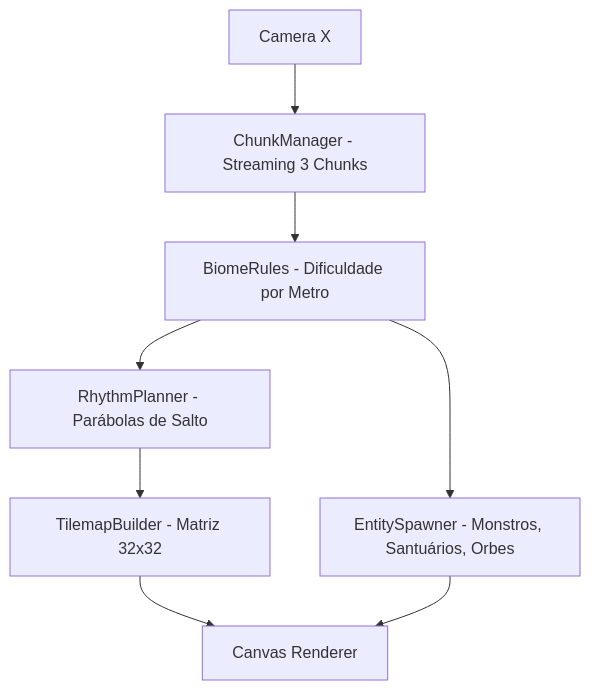
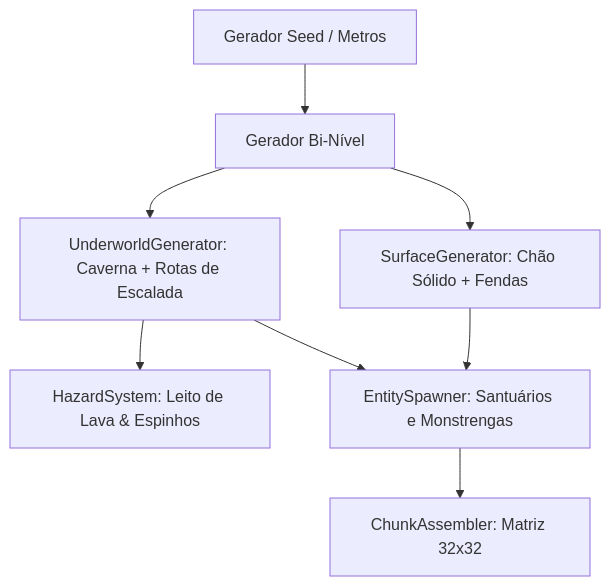
The diagram in docs/superpowers/specs/2026-10-10-infinite-procedural-runner-design.md (Ranhaia/anvil-and-magnet), drawn with Mermaid before and after one commit. The commit also changed other lines of this file, not shown here.

Commit message:
docs: update spec to bi-level architecture (solid ground + underground + lava/spikes)

````diff
--- a/docs/superpowers/specs/2026-10-10-infinite-procedural-runner-design.md
+++ b/docs/superpowers/specs/2026-10-10-infinite-procedural-runner-design.md
@@ -35,10 +85,10 @@
 ```mermaid
 graph TD
-    Camera[Camera X] --> ChunkManager[ChunkManager - Streaming 3 Chunks]
-    ChunkManager --> BiomeRules[BiomeRules - Dificuldade por Metro]
-    BiomeRules --> RhythmPlanner[RhythmPlanner - Parábolas de Salto]
-    RhythmPlanner --> TilemapBuilder[TilemapBuilder - Matriz 32x32]
-    BiomeRules --> EntitySpawner[EntitySpawner - Monstros, Santuários, Orbes]
-    TilemapBuilder --> Renderer[Canvas Renderer]
-    EntitySpawner --> Renderer
+    Seed[Gerador Seed / Metros] --> Splitter[Gerador Bi-Nível]
+    Splitter --> Surface[SurfaceGenerator: Chão Sólido + Fendas]
+    Splitter --> Underworld[UnderworldGenerator: Caverna + Rotas de Escalada]
+    Underworld --> Hazards[HazardSystem: Leito de Lava & Espinhos]
+    Surface --> EntitySpawner[EntitySpawner: Santuários e Monstrengas]
+    Underworld --> EntitySpawner
+    EntitySpawner --> ChunkAssembler[ChunkAssembler: Matriz 32x32]
 ```
````
